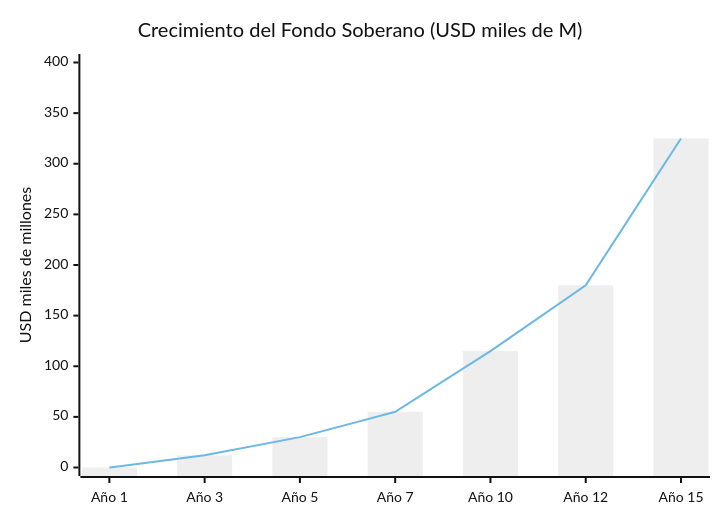
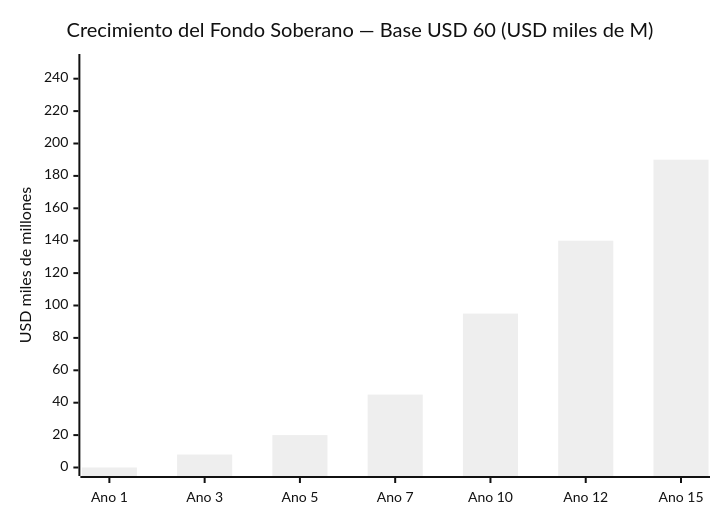
The first of 3 diagrams in docs/02-motor-financiero/fondo-soberano.md (Venezuela-S-A/venezuela-sa), drawn with Mermaid (neutral theme) before and after one commit. The commit also changed other lines of this file and 10 other files, not shown here.

````diff
--- a/docs/02-motor-financiero/fondo-soberano.md
+++ b/docs/02-motor-financiero/fondo-soberano.md
@@ -20,8 +20,7 @@
 ```mermaid
 xychart-beta
-    title "Crecimiento del Fondo Soberano (USD miles de M)"
-    x-axis ["Año 1", "Año 3", "Año 5", "Año 7", "Año 10", "Año 12", "Año 15"]
-    y-axis "USD miles de millones" 0 --> 400
-    bar [0, 12, 30, 55, 115, 180, 325]
-    line [0, 12, 30, 55, 115, 180, 325]
+    title "Crecimiento del Fondo Soberano — Base USD 60 (USD miles de M)"
+    x-axis ["Ano 1", "Ano 3", "Ano 5", "Ano 7", "Ano 10", "Ano 12", "Ano 15"]
+    y-axis "USD miles de millones" 0 --> 250
+    bar [0, 8, 20, 45, 95, 140, 190]
 ```
````
